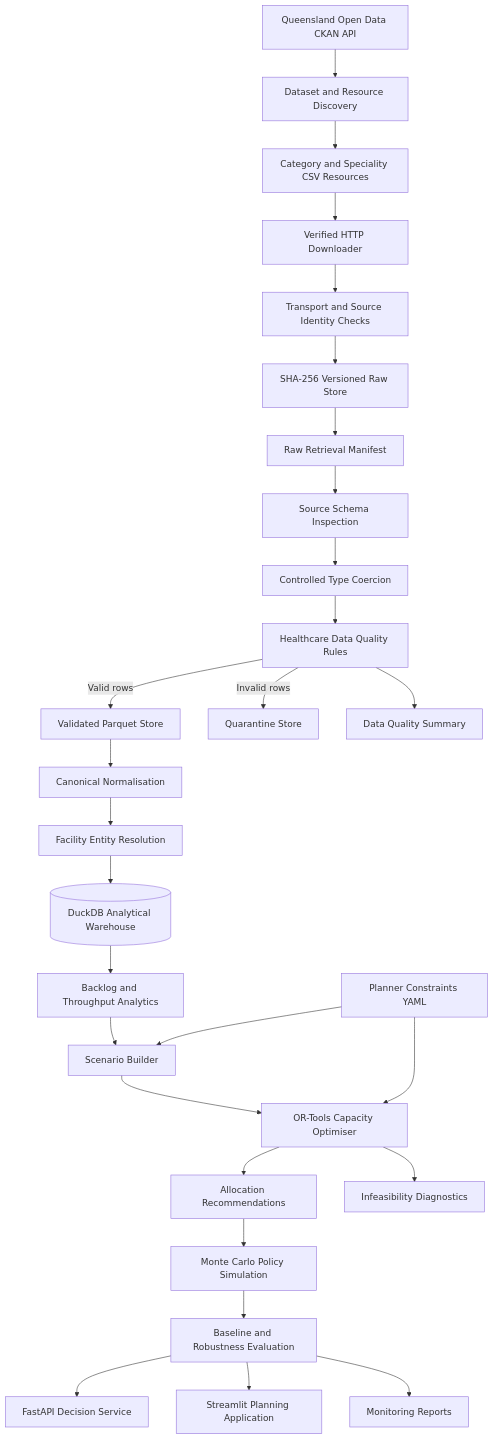
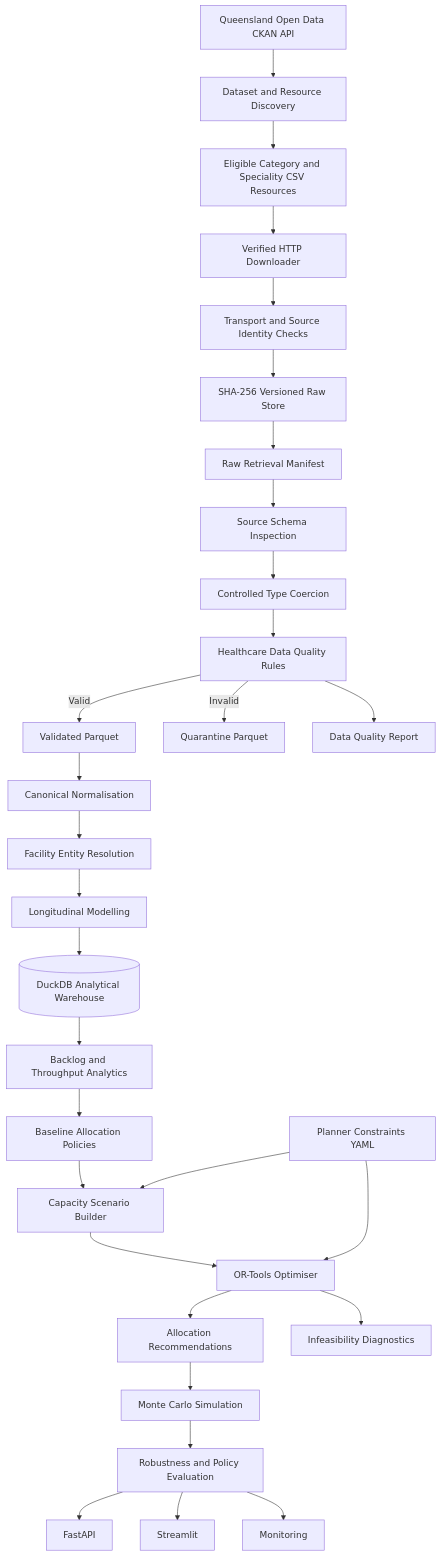
The diagram in qld-elective-surgery-optimiser/README.md (khalili-samani/projects), drawn with Mermaid before and after one commit. The commit also changed other lines of this file, not shown here.

First line of the commit message:
docs: consolidate README through Phase 4 warehouse implementation

````diff
--- a/qld-elective-surgery-optimiser/README.md
+++ b/qld-elective-surgery-optimiser/README.md
@@ -259,52 +378,56 @@
-```mermaid id="2g3hjq"
+```mermaid
 flowchart TD
     A[Queensland Open Data CKAN API] --> B[Dataset and Resource Discovery]
 
-    B --> C[Category and Speciality CSV Resources]
+    B --> C[Eligible Category and Speciality CSV Resources]
 
     C --> D[Verified HTTP Downloader]
 
     D --> E[Transport and Source Identity Checks]
 
     E --> F[SHA-256 Versioned Raw Store]
 
     F --> G[Raw Retrieval Manifest]
 
     G --> H[Source Schema Inspection]
 
     H --> I[Controlled Type Coercion]
 
     I --> J[Healthcare Data Quality Rules]
 
-    J -->|Valid rows| K[Validated Parquet Store]
+    J -->|Valid| K[Validated Parquet]
 
-    J -->|Invalid rows| L[Quarantine Store]
+    J -->|Invalid| L[Quarantine Parquet]
 
-    J --> M[Data Quality Summary]
+    J --> M[Data Quality Report]
 
     K --> N[Canonical Normalisation]
 
     N --> O[Facility Entity Resolution]
 
-    O --> P[(DuckDB Analytical Warehouse)]
+    O --> P[Longitudinal Modelling]
 
-    P --> Q[Backlog and Throughput Analytics]
+    P --> Q[(DuckDB Analytical Warehouse)]
 
-    Q --> R[Scenario Builder]
+    Q --> R[Backlog and Throughput Analytics]
 
-    S[Planner Constraints YAML] --> R
-    S --> T[OR-Tools Capacity Optimiser]
+    R --> S[Baseline Allocation Policies]
 
-    R --> T
+    S --> T[Capacity Scenario Builder]
 
-    T --> U[Allocation Recommendations]
-    T --> V[Infeasibility Diagnostics]
+    U[Planner Constraints YAML] --> T
+    U --> V[OR-Tools Optimiser]
 
-    U --> W[Monte Carlo Policy Simulation]
+    T --> V
 
-    W --> X[Baseline and Robustness Evaluation]
+    V --> W[Allocation Recommendations]
+    V --> X[Infeasibility Diagnostics]
 
-    X --> Y[FastAPI Decision Service]
-    X --> Z[Streamlit Planning Application]
-    X --> AA[Monitoring Reports]
+    W --> Y[Monte Carlo Simulation]
+
+    Y --> Z[Robustness and Policy Evaluation]
+
+    Z --> AA[FastAPI]
+    Z --> AB[Streamlit]
+    Z --> AC[Monitoring]
 ```
````
